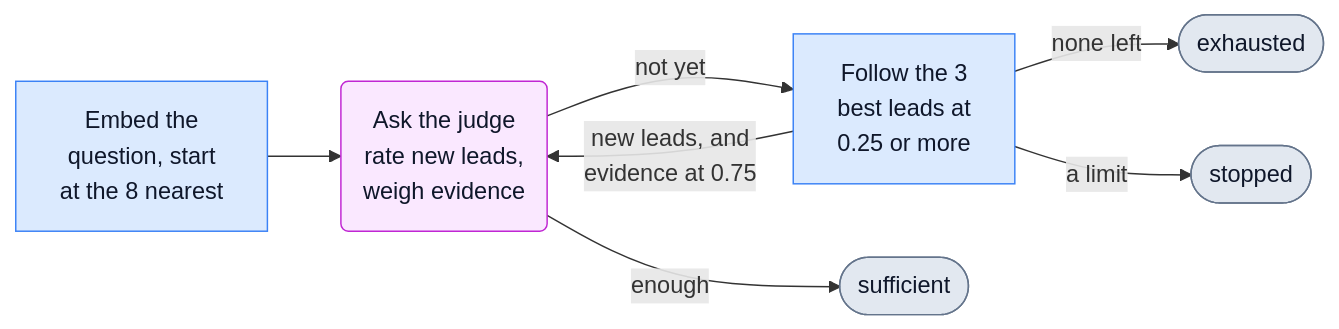
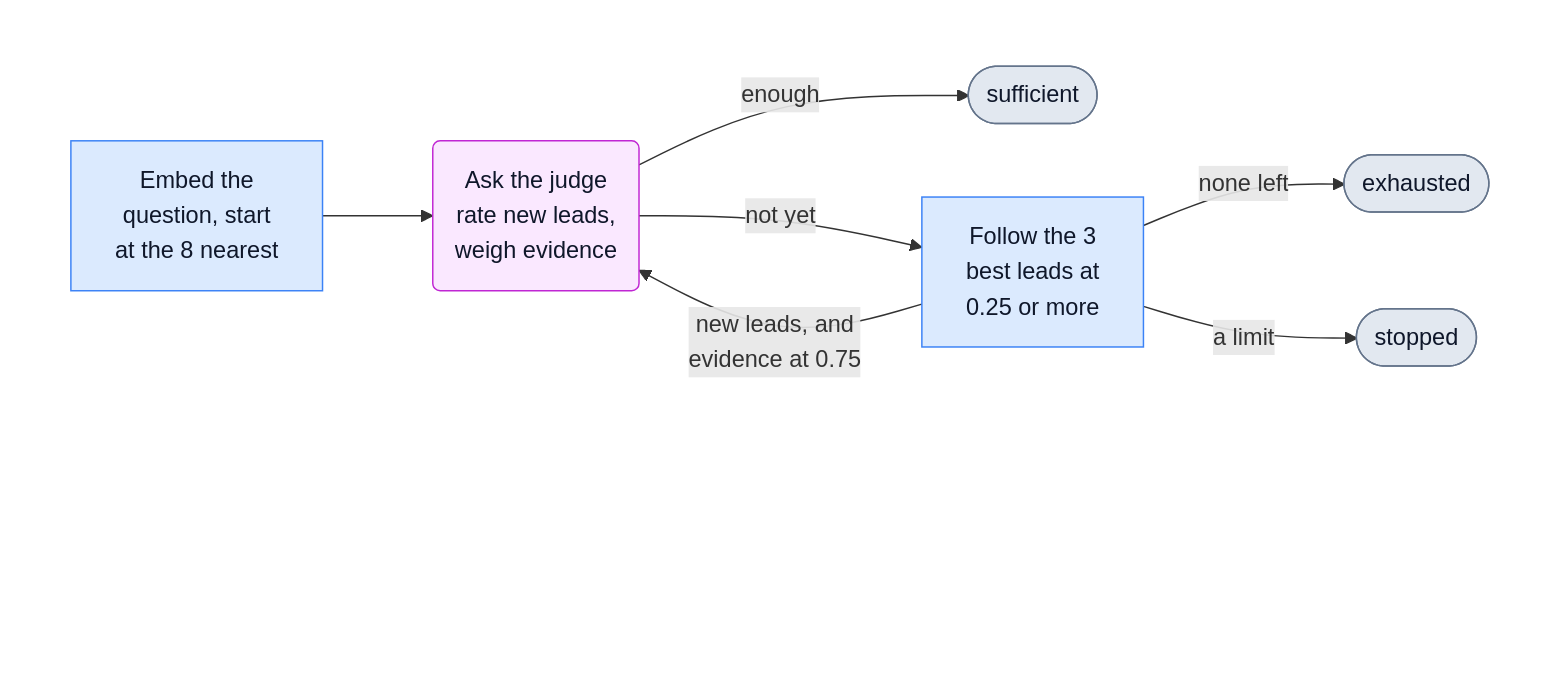
One commit to umran/grafsol changed the fifth of 7 diagrams in README.md. Above: the diagram before and after it, drawn with Mermaid. The commit also changed other lines of this file, not shown here.

First line of the commit message:
Keep the diagrams clear of GitHub's zoom buttons

````diff
--- a/README.md
+++ b/README.md
@@ -261,20 +283,28 @@
 ```mermaid
-flowchart LR
-    seed["Embed the<br/>question, start<br/>at the 8 nearest"]:::code
-    judge("Ask the judge<br/>rate new leads,<br/>weigh evidence"):::paid
-    follow["Follow the 3<br/>best leads at<br/>0.25 or more"]:::code
-    sufficient(["sufficient"]):::outside
-    exhausted(["exhausted"]):::outside
-    stopped(["stopped"]):::outside
+flowchart TB
+    subgraph all[" "]
+        direction LR
+        seed["Embed the<br/>question, start<br/>at the 8 nearest"]:::code
+        judge("Ask the judge<br/>rate new leads,<br/>weigh evidence"):::paid
+        follow["Follow the 3<br/>best leads at<br/>0.25 or more"]:::code
+        sufficient(["sufficient"]):::outside
+        exhausted(["exhausted"]):::outside
+        stopped(["stopped"]):::outside
 
-    seed --> judge
-    judge -- "enough" --> sufficient
-    judge -- "not yet" --> follow
-    follow -- "new leads, and<br/>evidence at 0.75" --> judge
-    follow -- "none left" --> exhausted
-    follow -- "a limit" --> stopped
+        seed --> judge
+        judge -- "enough" --> sufficient
+        judge -- "not yet" --> follow
+        follow -- "new leads, and<br/>evidence at 0.75" --> judge
+        follow -- "none left" --> exhausted
+        follow -- "a limit" --> stopped
+    end
+
+    %% An empty row at the bottom: GitHub lays its zoom buttons over that corner.
+    all ~~~ corner["&nbsp;<br/>&nbsp;<br/>&nbsp;"]
 
     classDef outside fill:#e2e8f0,stroke:#64748b,color:#0f172a
     classDef code fill:#dbeafe,stroke:#3b82f6,color:#0f172a
     classDef paid fill:#fae8ff,stroke:#c026d3,color:#0f172a
+    style all fill:none,stroke:none
+    style corner fill:none,stroke:none
 ```
````
